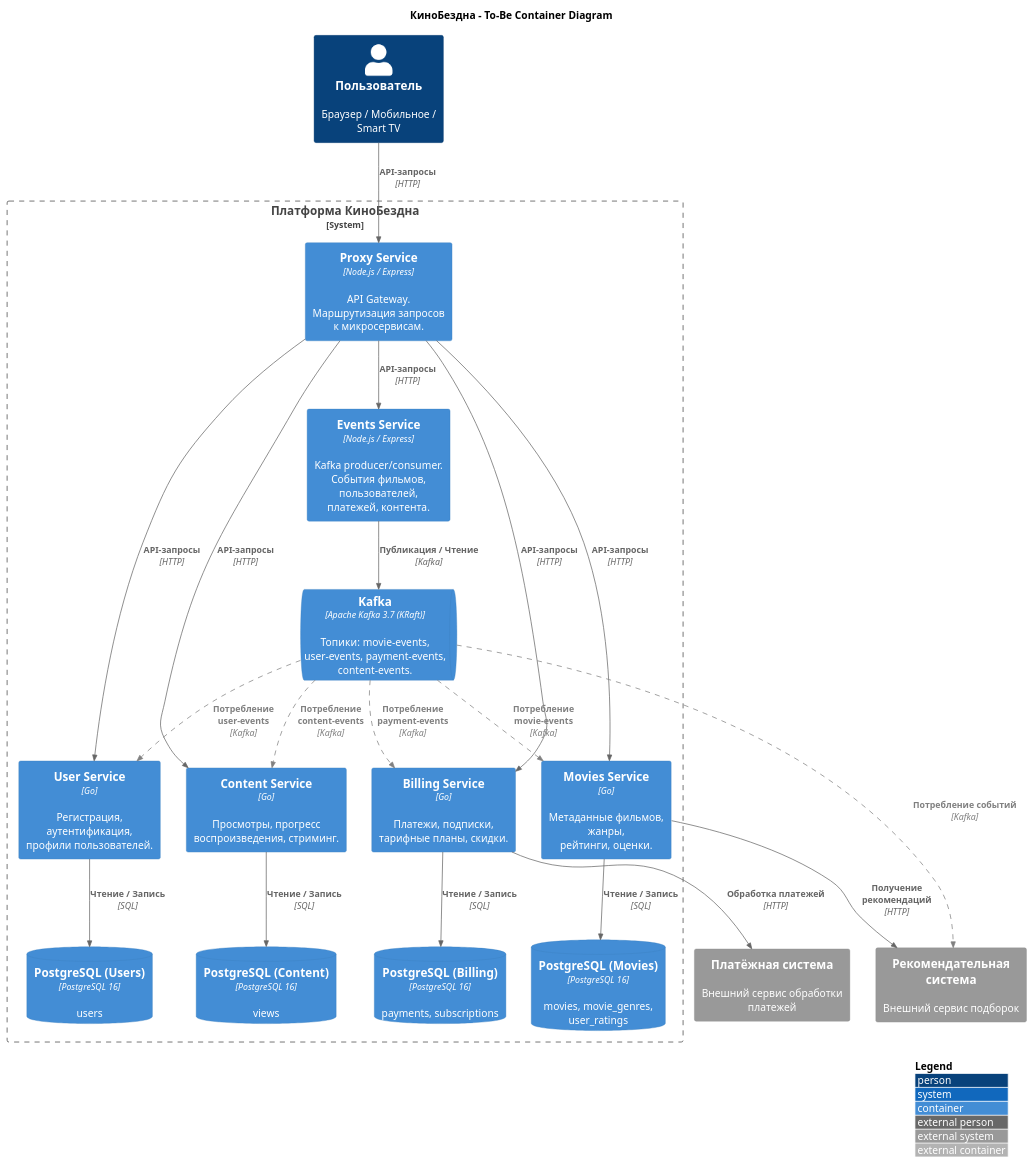
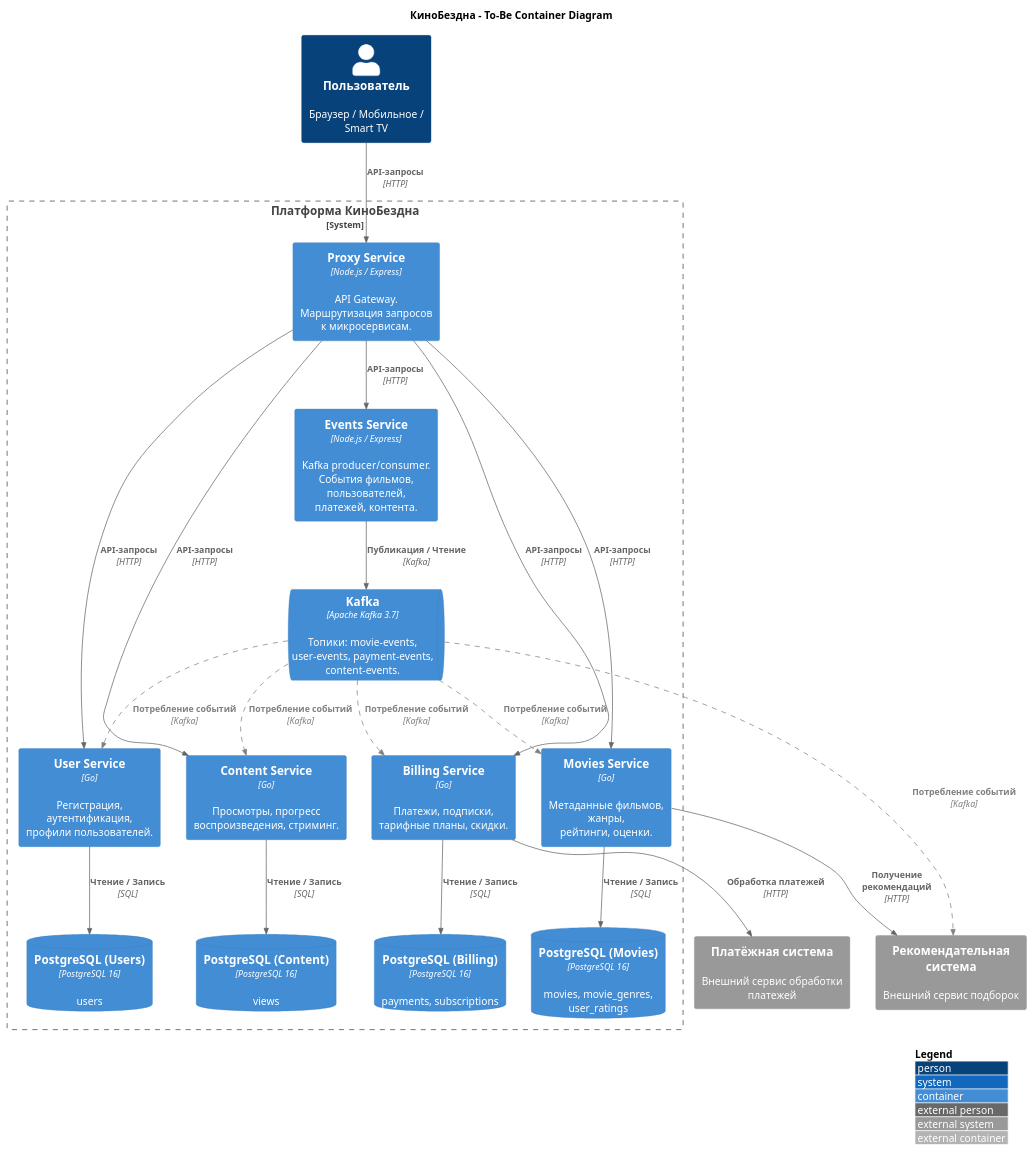
The diagram in docs/c4-container-diagram.puml (SiritosKon/architecture-cinemaabyss), drawn with PlantUML before and after one commit. The commit also changed 1 other file, not shown here.

Commit message:
fix: remove KRaft label, clean up diagram layout

```diff
--- a/docs/c4-container-diagram.puml
+++ b/docs/c4-container-diagram.puml
@@ -1,64 +1,58 @@
 @startuml c4-container-diagram
 !include https://raw.githubusercontent.com/plantuml-stdlib/C4-PlantUML/master/C4_Container.puml
 
 LAYOUT_WITH_LEGEND()
+LAYOUT_TOP_DOWN()
 
 AddRelTag("future", $lineStyle = DashedLine(), $lineColor = "gray", $textColor = "gray")
 
 title КиноБездна - To-Be Container Diagram
 
 Person(user, "Пользователь", "Браузер / Мобильное / Smart TV")
 
+System_Ext(payment, "Платёжная система", "Внешний сервис обработки платежей")
 System_Ext(recsys, "Рекомендательная система", "Внешний сервис подборок")
-System_Ext(payment, "Платёжная система", "Внешний сервис обработки платежей")
 
 System_Boundary(platform, "Платформа КиноБездна") {
 
     Container(proxy, "Proxy Service", "Node.js / Express", "API Gateway.\nМаршрутизация запросов\nк микросервисам.")
 
     Container(users_svc, "User Service", "Go", "Регистрация, аутентификация,\nпрофили пользователей.")
-
     Container(billing, "Billing Service", "Go", "Платежи, подписки,\nтарифные планы, скидки.")
-
+    Container(movies, "Movies Service", "Go", "Метаданные фильмов, жанры,\nрейтинги, оценки.")
     Container(content, "Content Service", "Go", "Просмотры, прогресс\nвоспроизведения, стриминг.")
-
-    Container(movies, "Movies Service", "Go", "Метаданные фильмов, жанры,\nрейтинги, оценки.")
-
     Container(events, "Events Service", "Node.js / Express", "Kafka producer/consumer.\nСобытия фильмов, пользователей,\nплатежей, контента.")
 
     ContainerDb(postgres_users, "PostgreSQL (Users)", "PostgreSQL 16", "users")
-
     ContainerDb(postgres_billing, "PostgreSQL (Billing)", "PostgreSQL 16", "payments, subscriptions")
-
+    ContainerDb(postgres_movies, "PostgreSQL (Movies)", "PostgreSQL 16", "movies, movie_genres,\nuser_ratings")
     ContainerDb(postgres_content, "PostgreSQL (Content)", "PostgreSQL 16", "views")
 
-    ContainerDb(postgres_movies, "PostgreSQL (Movies)", "PostgreSQL 16", "movies, movie_genres,\nuser_ratings")
-
-    ContainerQueue(kafka, "Kafka", "Apache Kafka 3.7 (KRaft)", "Топики: movie-events,\nuser-events, payment-events,\ncontent-events.")
+    ContainerQueue(kafka, "Kafka", "Apache Kafka 3.7", "Топики: movie-events,\nuser-events, payment-events,\ncontent-events.")
 }
 
-Rel(user, proxy, "API-запросы", "HTTP")
+Rel_D(user, proxy, "API-запросы", "HTTP")
 
-Rel(proxy, users_svc, "API-запросы", "HTTP")
-Rel(proxy, billing, "API-запросы", "HTTP")
-Rel(proxy, content, "API-запросы", "HTTP")
-Rel(proxy, movies, "API-запросы", "HTTP")
-Rel(proxy, events, "API-запросы", "HTTP")
+Rel_D(proxy, users_svc, "API-запросы", "HTTP")
+Rel_D(proxy, billing, "API-запросы", "HTTP")
+Rel_D(proxy, movies, "API-запросы", "HTTP")
+Rel_D(proxy, content, "API-запросы", "HTTP")
+Rel_D(proxy, events, "API-запросы", "HTTP")
 
-Rel(users_svc, postgres_users, "Чтение / Запись", "SQL")
-Rel(billing, postgres_billing, "Чтение / Запись", "SQL")
-Rel(content, postgres_content, "Чтение / Запись", "SQL")
-Rel(movies, postgres_movies, "Чтение / Запись", "SQL")
+Rel_D(users_svc, postgres_users, "Чтение / Запись", "SQL")
+Rel_D(billing, postgres_billing, "Чтение / Запись", "SQL")
+Rel_D(movies, postgres_movies, "Чтение / Запись", "SQL")
+Rel_D(content, postgres_content, "Чтение / Запись", "SQL")
 
-Rel(events, kafka, "Публикация / Чтение", "Kafka")
+Rel_D(events, kafka, "Публикация / Чтение", "Kafka")
 
 Rel(billing, payment, "Обработка платежей", "HTTP")
 Rel(movies, recsys, "Получение рекомендаций", "HTTP")
 
-Rel(kafka, users_svc, "Потребление user-events", "Kafka", $tags="future")
-Rel(kafka, billing, "Потребление payment-events", "Kafka", $tags="future")
-Rel(kafka, content, "Потребление content-events", "Kafka", $tags="future")
-Rel(kafka, movies, "Потребление movie-events", "Kafka", $tags="future")
+Rel(kafka, users_svc, "Потребление событий", "Kafka", $tags="future")
+Rel(kafka, billing, "Потребление событий", "Kafka", $tags="future")
+Rel(kafka, content, "Потребление событий", "Kafka", $tags="future")
+Rel(kafka, movies, "Потребление событий", "Kafka", $tags="future")
 Rel(kafka, recsys, "Потребление событий", "Kafka", $tags="future")
 
 @enduml
```
